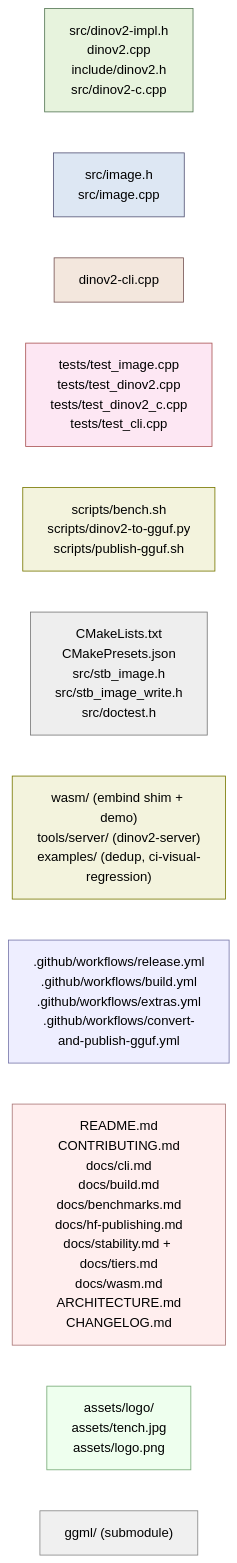
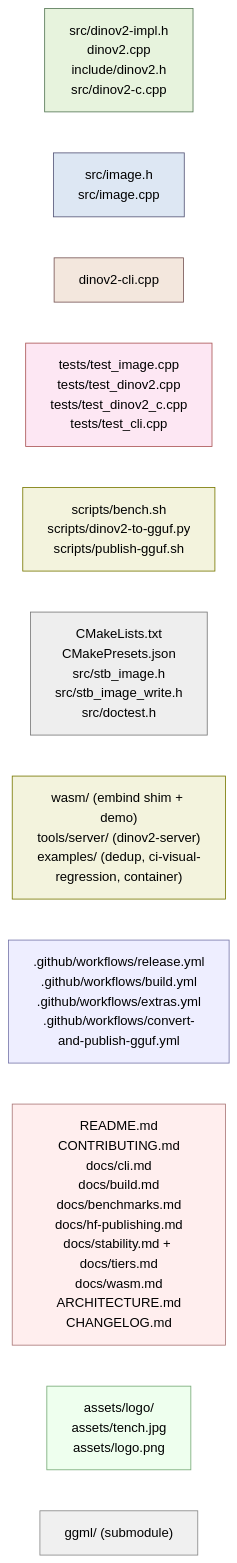
One commit to espetro/dinov2.cpp changed the second of 4 diagrams in ARCHITECTURE.md. Above: the diagram before and after it, drawn with Mermaid (forest theme). The commit also changed other lines of this file and 2 other files, not shown here.

Commit message:
feat(examples): scratch container demo (45 MB image) (#27)
* feat(examples): add scratch container demo

Multi-stage Dockerfile that builds a fully static dinov2-cli on
ubuntu:24.04 (BUILD_SHARED_LIBS=OFF, static libgomp via
OpenMP_gomp_LIBRARY, -static link flags) and ships it FROM scratch with
the sha256-pinned dinov2-small GGUF from Hugging Face. A readelf guard
fails the build if any dynamic dependency survives.

* docs(architecture): list container example in tier-2 surfaces

````diff
--- a/ARCHITECTURE.md
+++ b/ARCHITECTURE.md
@@ -68,37 +68,37 @@
 ```mermaid
 graph LR
     classDef core  fill:#e7f3dd,stroke:#575,color:#000;
     classDef lib   fill:#dde7f3,stroke:#557,color:#000;
     classDef cli   fill:#f3e7dd,stroke:#755,color:#000;
     classDef test  fill:#fde7f3,stroke:#a55,color:#000;
     classDef tool  fill:#f3f3dd,stroke:#770,color:#000;
     classDef build fill:#eee,stroke:#777,color:#000;
     classDef ci    fill:#eef,stroke:#77a,color:#000;
     classDef doc   fill:#fee,stroke:#a77,color:#000;
     classDef asset fill:#efe,stroke:#7a7,color:#000;
     classDef sub   fill:#f0f0f0,stroke:#888,color:#000;
 
     Core["src/dinov2-impl.h<br/>dinov2.cpp<br/>include/dinov2.h<br/>src/dinov2-c.cpp"]
     Lib["src/image.h<br/>src/image.cpp"]
     CLI["dinov2-cli.cpp"]
     Test["tests/test_image.cpp<br/>tests/test_dinov2.cpp<br/>tests/test_dinov2_c.cpp<br/>tests/test_cli.cpp"]
     Tool["scripts/bench.sh<br/>scripts/dinov2-to-gguf.py<br/>scripts/publish-gguf.sh"]
     Build["CMakeLists.txt<br/>CMakePresets.json<br/>src/stb_image.h<br/>src/stb_image_write.h<br/>src/doctest.h"]
-    Tier2["wasm/ (embind shim + demo)<br/>tools/server/ (dinov2-server)<br/>examples/ (dedup, ci-visual-regression)"]
+    Tier2["wasm/ (embind shim + demo)<br/>tools/server/ (dinov2-server)<br/>examples/ (dedup, ci-visual-regression, container)"]
     CI[".github/workflows/release.yml<br/>.github/workflows/build.yml<br/>.github/workflows/extras.yml<br/>.github/workflows/convert-and-publish-gguf.yml"]
     Doc["README.md<br/>CONTRIBUTING.md<br/>docs/cli.md<br/>docs/build.md<br/>docs/benchmarks.md<br/>docs/hf-publishing.md<br/>docs/stability.md + docs/tiers.md<br/>docs/wasm.md<br/>ARCHITECTURE.md<br/>CHANGELOG.md"]
     Asset["assets/logo/<br/>assets/tench.jpg<br/>assets/logo.png"]
     Sub["ggml/ (submodule)"]
 
     class Core core
     class Lib lib
     class CLI cli
     class Test test
     class Tool tool
     class Tier2 tool
     class Build build
     class CI ci
     class Doc doc
     class Asset asset
     class Sub sub
 ```
````
